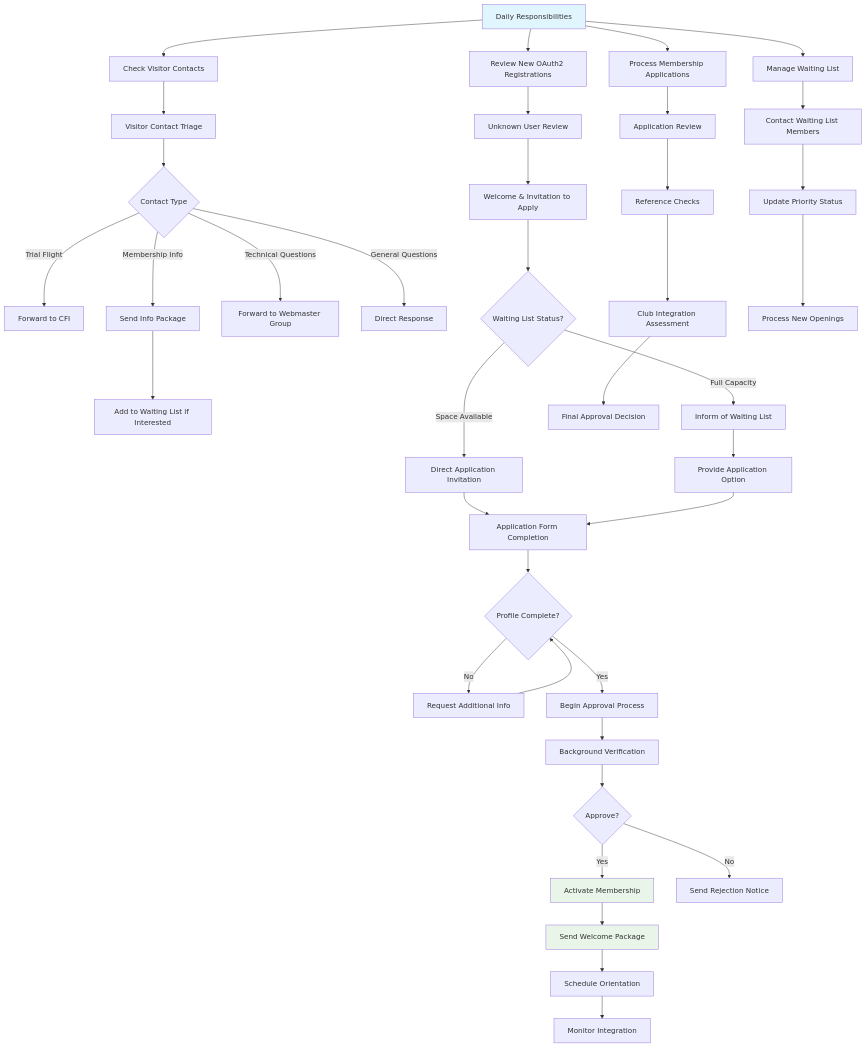
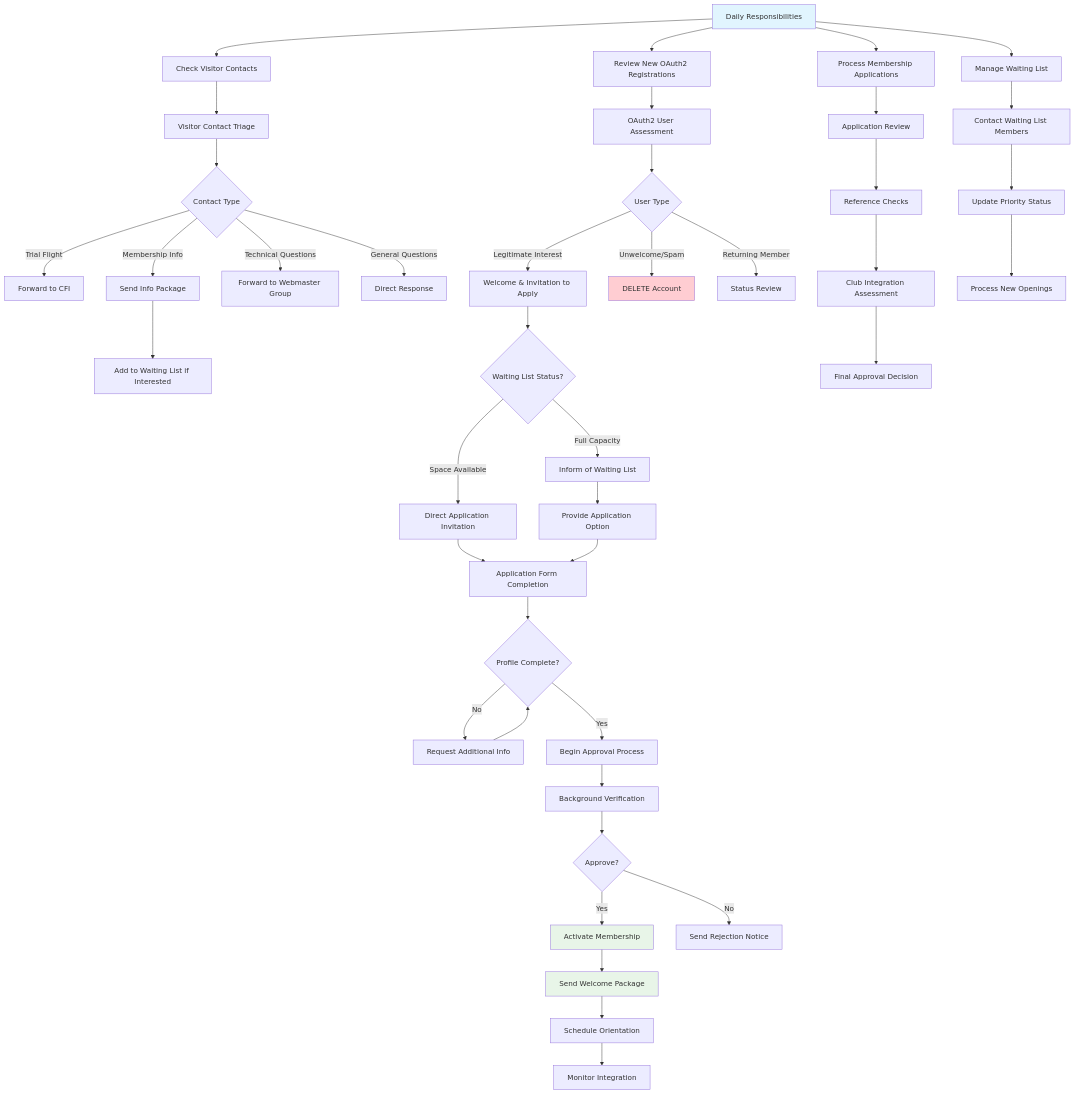
Before and after one commit to pietbarber/Manage2Soar: the first of 6 diagrams in docs/workflows/12-membership-manager-workflow.md, drawn with Mermaid. The commit also changed other lines of this file, not shown here.

Commit message:
Refine Membership Manager Workflow: Update user assessment process, enhance application pathways, and clarify handling of unwelcome registrations

````diff
--- a/docs/workflows/12-membership-manager-workflow.md
+++ b/docs/workflows/12-membership-manager-workflow.md
@@ -24,49 +24,53 @@
 ```mermaid
 flowchart TD
     A[Daily Responsibilities] --> B[Check Visitor Contacts]
     A --> C[Review New OAuth2 Registrations]
     A --> D[Process Membership Applications]
     A --> E[Manage Waiting List]
 
     B --> B1[Visitor Contact Triage]
     B1 --> B2{Contact Type}
     B2 -->|Trial Flight| B3[Forward to CFI]
     B2 -->|Membership Info| B4[Send Info Package]
     B2 -->|Technical Questions| B5[Forward to Webmaster Group]
     B2 -->|General Questions| B6[Direct Response]
     B4 --> B7[Add to Waiting List if Interested]
 
-    C --> C1[Unknown User Review]
-    C1 --> C2[Welcome & Invitation to Apply]
-    C2 --> C3{Waiting List Status?}
-    C3 -->|Full Capacity| C4[Inform of Waiting List]
-    C3 -->|Space Available| C5[Direct Application Invitation]
-    C4 --> C6[Provide Application Option]
-    C5 --> C7[Application Form Completion]
-    C6 --> C7
-    C7 --> C8{Profile Complete?}
-    C8 -->|No| C9[Request Additional Info]
-    C8 -->|Yes| C10[Begin Approval Process]
-    C9 --> C8
-    C10 --> C11[Background Verification]
-    C11 --> C12{Approve?}
-    C12 -->|Yes| C13[Activate Membership]
-    C12 -->|No| C14[Send Rejection Notice]
+    C --> C1[OAuth2 User Assessment]
+    C1 --> C2{User Type}
+    C2 -->|Legitimate Interest| C3[Welcome & Invitation to Apply]
+    C2 -->|Unwelcome/Spam| C4[DELETE Account]
+    C2 -->|Returning Member| C5[Status Review]
+    C3 --> C6{Waiting List Status?}
+    C6 -->|Full Capacity| C7[Inform of Waiting List]
+    C6 -->|Space Available| C8[Direct Application Invitation]
+    C7 --> C9[Provide Application Option]
+    C8 --> C10[Application Form Completion]
+    C9 --> C10
+    C10 --> C11{Profile Complete?}
+    C11 -->|No| C12[Request Additional Info]
+    C11 -->|Yes| C13[Begin Approval Process]
+    C12 --> C11
+    C13 --> C14[Background Verification]
+    C14 --> C15{Approve?}
+    C15 -->|Yes| C16[Activate Membership]
+    C15 -->|No| C17[Send Rejection Notice]
 
     D --> D1[Application Review]
     D1 --> D2[Reference Checks]
     D2 --> D3[Club Integration Assessment]
     D3 --> D4[Final Approval Decision]
 
     E --> E1[Contact Waiting List Members]
     E1 --> E2[Update Priority Status]
     E2 --> E3[Process New Openings]
 
-    C13 --> F[Send Welcome Package]
+    C16 --> F[Send Welcome Package]
     F --> G[Schedule Orientation]
     G --> H[Monitor Integration]
 
     style A fill:#e1f5fe
     style F fill:#e8f5e8
-    style C13 fill:#e8f5e8
+    style C16 fill:#e8f5e8
+    style C4 fill:#ffcdd2
 ```
````
